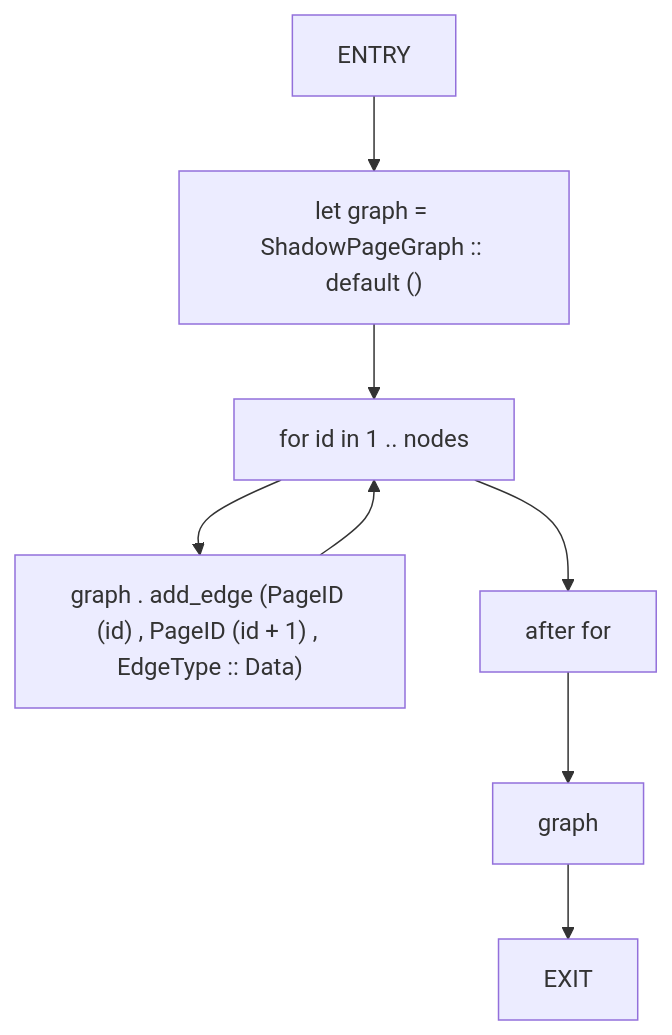
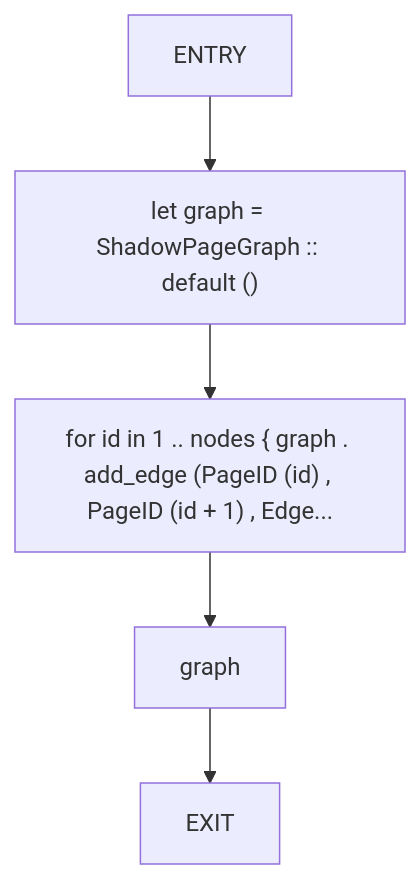
The second of 4 diagrams in docs/analysis/cfg/070-src-bin.md (cicero-violate/MMSB), drawn with Mermaid before and after one commit. The commit also changed other lines of this file and 865 other files, not shown here.

````diff
--- a/docs/analysis/cfg/070-src-bin.md
+++ b/docs/analysis/cfg/070-src-bin.md
@@ -28,17 +28,12 @@
 ```mermaid
 flowchart TD
     build_graph_0["ENTRY"]
     build_graph_1["let graph = ShadowPageGraph :: default ()"]
-    build_graph_2["for id in 1 .. nodes"]
-    build_graph_3["graph . add_edge (PageID (id) , PageID (id + 1) , EdgeType :: Data)"]
-    build_graph_4["after for"]
-    build_graph_5["graph"]
-    build_graph_6["EXIT"]
+    build_graph_2["for id in 1 .. nodes { graph . add_edge (PageID (id) , PageID (id + 1) , Edge..."]
+    build_graph_3["graph"]
+    build_graph_4["EXIT"]
     build_graph_0 --> build_graph_1
     build_graph_1 --> build_graph_2
     build_graph_2 --> build_graph_3
-    build_graph_3 --> build_graph_2
-    build_graph_2 --> build_graph_4
-    build_graph_4 --> build_graph_5
-    build_graph_5 --> build_graph_6
+    build_graph_3 --> build_graph_4
 ```
````
